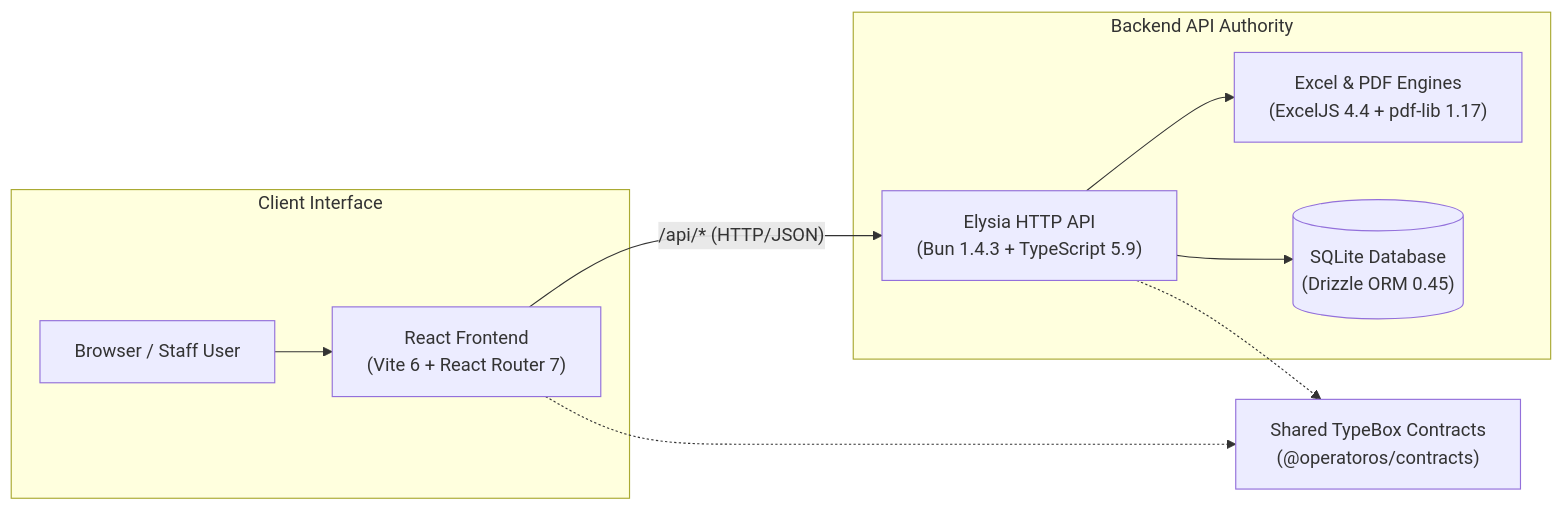
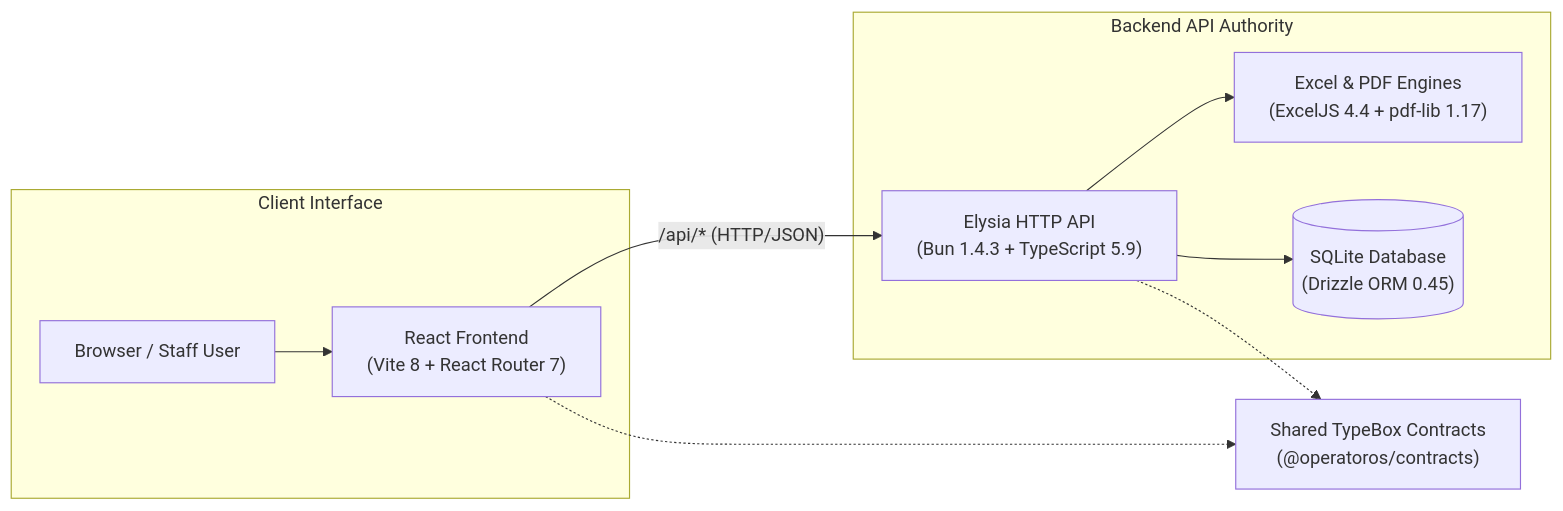
The first of 3 diagrams in README.md (daoistmadness/operatoros), drawn with Mermaid before and after one commit. The commit also changed other lines of this file and 6 other files, not shown here.

````diff
--- a/README.md
+++ b/README.md
@@ -40,22 +40,22 @@
 ```mermaid
 flowchart LR
   subgraph Client ["Client Interface"]
     Browser["Browser / Staff User"]
-    FE["React Frontend<br/>(Vite 6 + React Router 7)"]
+    FE["React Frontend<br/>(Vite 8 + React Router 7)"]
   end
 
   subgraph Server ["Backend API Authority"]
     API["Elysia HTTP API<br/>(Bun 1.4.3 + TypeScript 5.9)"]
     Excel["Excel & PDF Engines<br/>(ExcelJS 4.4 + pdf-lib 1.17)"]
     DB[("SQLite Database<br/>(Drizzle ORM 0.45)")]
   end
 
   Contracts["Shared TypeBox Contracts<br/>(@operatoros/contracts)"]
 
   Browser --> FE
   FE -->|"/api/* (HTTP/JSON)"| API
   API --> DB
   API --> Excel
   FE -.-> Contracts
   API -.-> Contracts
 ```
````
